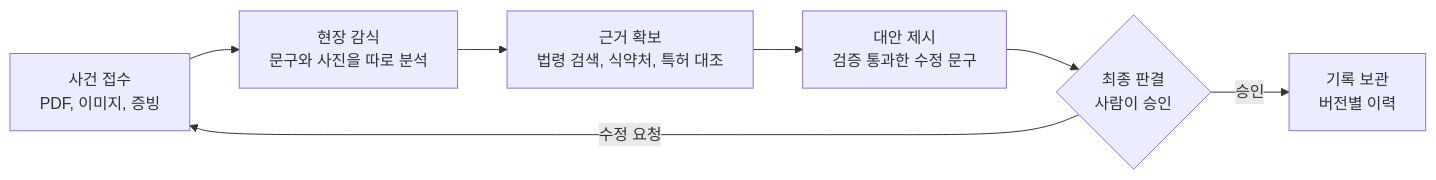
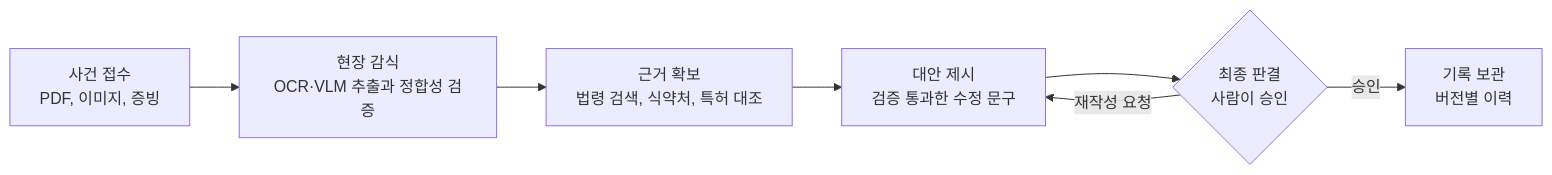
One commit to SKALA-AI-Agent-Capstone/.github changed the diagram in profile/README.md. Above: the diagram before and after it, drawn with Mermaid. The commit also changed other lines of this file, not shown here.

````diff
--- a/profile/README.md
+++ b/profile/README.md
@@ -45,9 +45,9 @@
 ```mermaid
 flowchart LR
-    A["사건 접수<br/>PDF, 이미지, 증빙"] --> B["현장 감식<br/>문구와 사진을 따로 분석"]
+    A["사건 접수<br/>PDF, 이미지, 증빙"] --> B["현장 감식<br/>OCR·VLM 추출과 정합성 검증"]
     B --> C["근거 확보<br/>법령 검색, 식약처, 특허 대조"]
     C --> D["대안 제시<br/>검증 통과한 수정 문구"]
     D --> E{"최종 판결<br/>사람이 승인"}
     E -->|승인| F["기록 보관<br/>버전별 이력"]
-    E -->|수정 요청| A
+    E -->|재작성 요청| D
 ```
````
